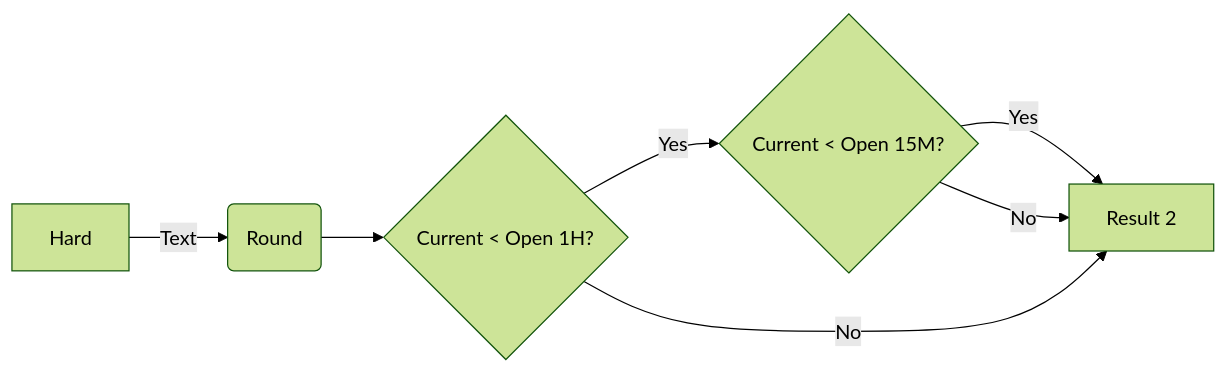
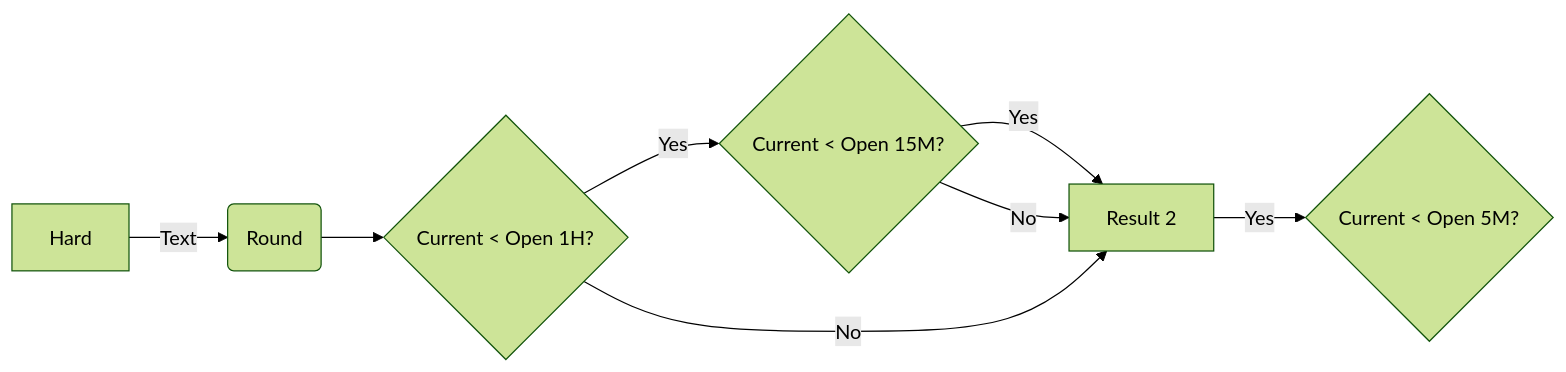
Before and after one commit to venoajie/MyApp: the diagram in strategy_analysis.md, drawn with Mermaid (forest theme).

````diff
--- a/strategy_analysis.md
+++ b/strategy_analysis.md
@@ -13,10 +13,11 @@
 ```mermaid
 flowchart LR
 
 A[Hard] -->|Text| B(Round)
 B --> C{Current < Open 1H?}
 C -->|Yes| D{Current < Open 15M?}
 D -->|Yes| E{Current < Open 15M?}
+E -->|Yes| F{Current < Open 5M?}
 D -->|No| E[Result 2]
 C -->|No| E[Result 2]
 ```
````
